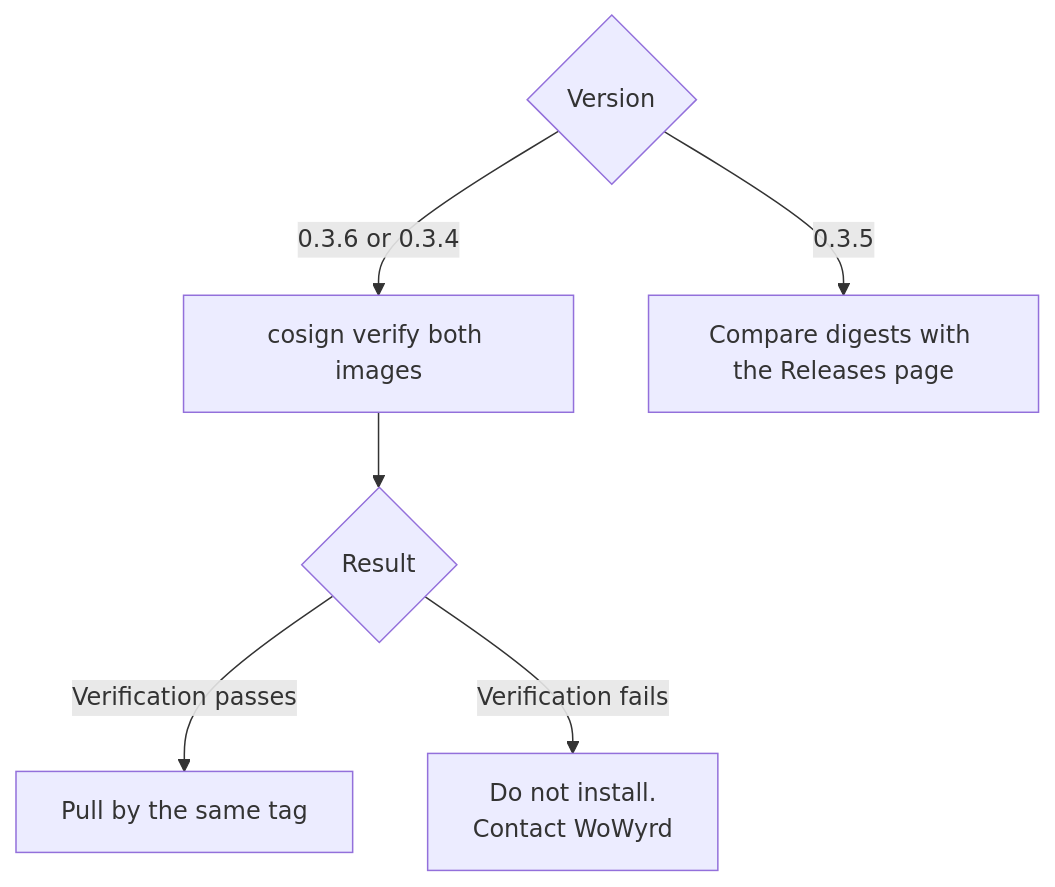
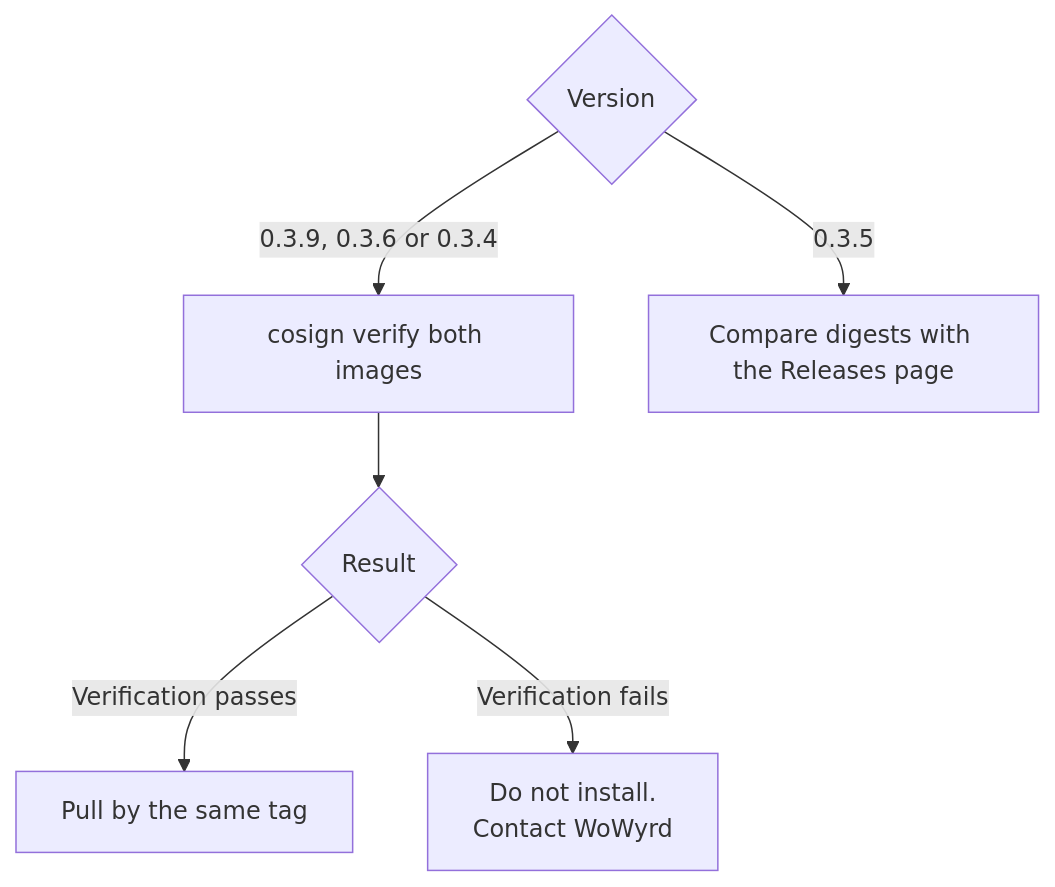
The third of 4 diagrams in INSTALL.md (chavychaze/wowyrd-pub), drawn with Mermaid before and after one commit. The commit also changed other lines of this file and 7 other files, not shown here.

````diff
--- a/INSTALL.md
+++ b/INSTALL.md
@@ -148,8 +153,8 @@
 ```mermaid
 flowchart TD
-    A{Version} -->|0.3.6 or 0.3.4| B[cosign verify both images]
+    A{Version} -->|0.3.9, 0.3.6 or 0.3.4| B[cosign verify both images]
     A -->|0.3.5| C[Compare digests with the Releases page]
     B --> D{Result}
     D -->|Verification passes| E[Pull by the same tag]
     D -->|Verification fails| F[Do not install.<br/>Contact WoWyrd]
 ```
````
